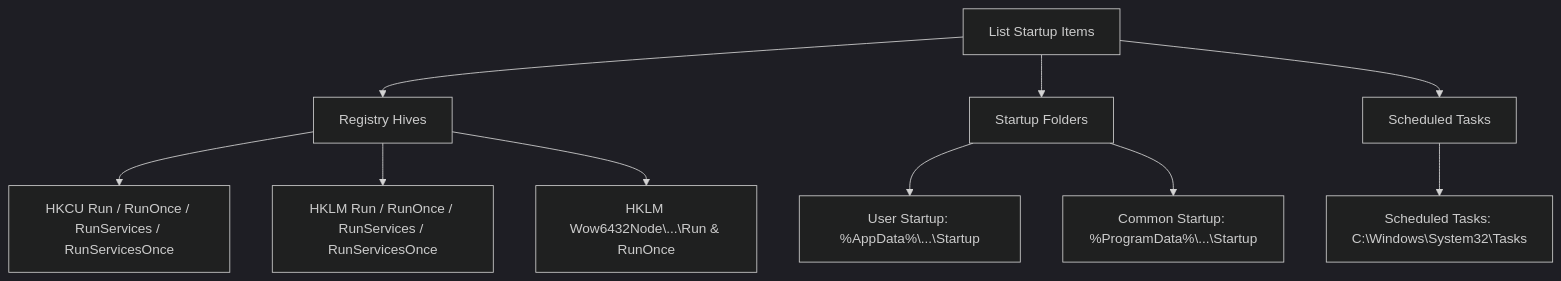
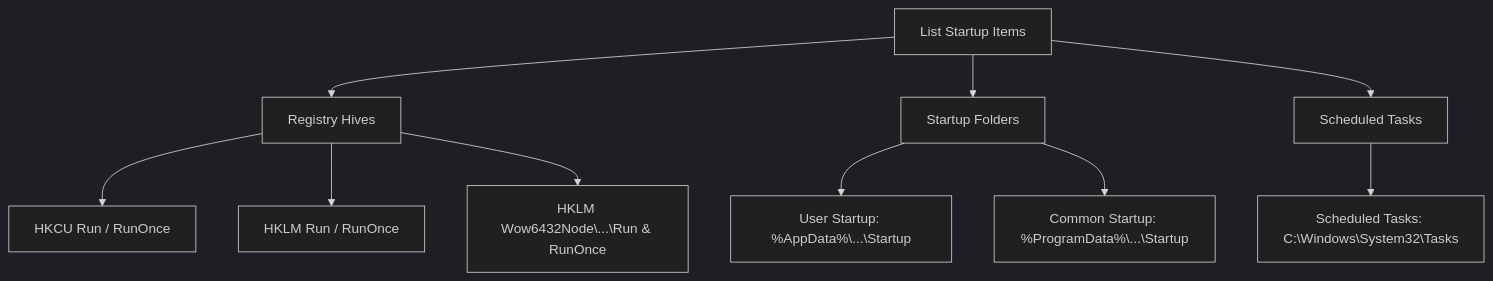
Before and after one commit to ThanhNguyxnOrg/PurgeKit: the diagram in docs/STARTUP_MANAGER.md, drawn with Mermaid (dark theme). The commit also changed other lines of this file and 3 other files, not shown here.

````diff
--- a/docs/STARTUP_MANAGER.md
+++ b/docs/STARTUP_MANAGER.md
@@ -11,15 +11,15 @@
 ```mermaid
 graph TD
     Scan[List Startup Items] --> Reg[Registry Hives]
     Scan --> Files[Startup Folders]
     Scan --> Tasks[Scheduled Tasks]
 
-    Reg --> HKCU[HKCU Run / RunOnce / RunServices / RunServicesOnce]
-    Reg --> HKLM[HKLM Run / RunOnce / RunServices / RunServicesOnce]
+    Reg --> HKCU[HKCU Run / RunOnce]
+    Reg --> HKLM[HKLM Run / RunOnce]
     Reg --> HKLM32[HKLM Wow6432Node\...\Run & RunOnce]
 
     Files --> UserFolder[User Startup: %AppData%\...\Startup]
     Files --> CommonFolder[Common Startup: %ProgramData%\...\Startup]
 
     Tasks --> TaskFolder[Scheduled Tasks: C:\Windows\System32\Tasks]
 ```
````
